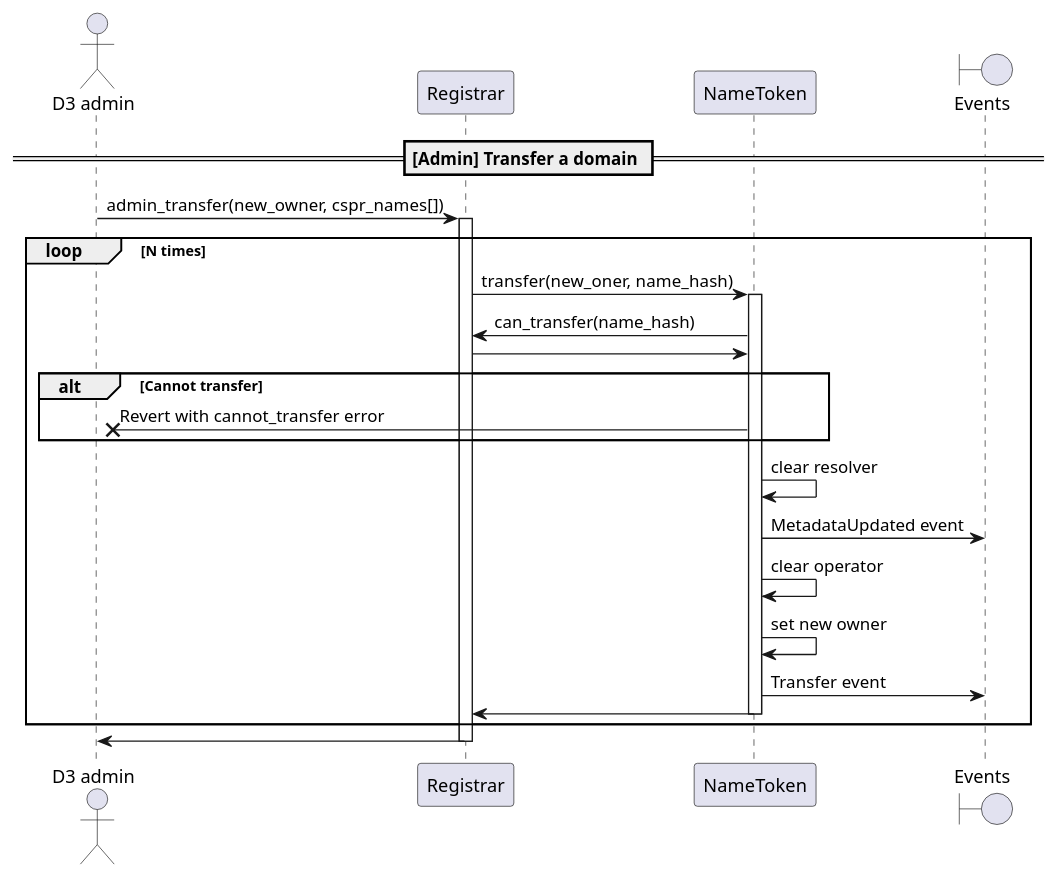
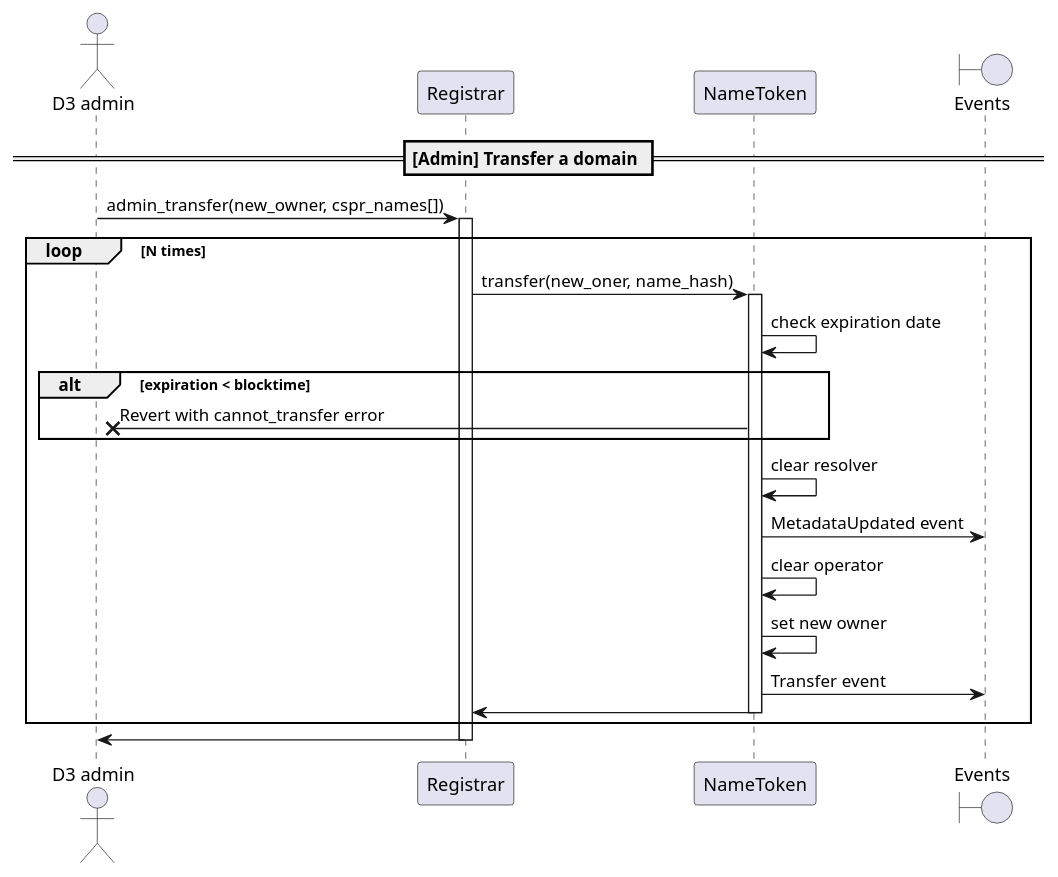
One commit to make-software/cspr-name-contracts changed the diagram in docs/sequence-diagrams/puml/admin-transfer-domain.puml. Above: the diagram before and after it, drawn with PlantUML. The commit also changed 6 other files, not shown here.

Commit message:
Removed can_transfer call and added a check for expiration date in the NameToken contract instead.

```diff
--- a/docs/sequence-diagrams/puml/admin-transfer-domain.puml
+++ b/docs/sequence-diagrams/puml/admin-transfer-domain.puml
@@ -1,33 +1,32 @@
 @startuml
 'https://plantuml.com/sequence-diagram
 
 'autonumber
 actor "D3 admin"
 participant "Registrar"
 participant "NameToken"
 boundary "Events"
 
 == [Admin] Transfer a domain ==
 
 "D3 admin" -> "Registrar": admin_transfer(new_owner, cspr_names[])
 activate Registrar
 loop N times
     Registrar -> NameToken: transfer(new_oner, name_hash)
     activate NameToken
-    NameToken -> Registrar: can_transfer(name_hash)
-    Registrar -> NameToken
-    alt Cannot transfer
-        NameToken ->X "D3 admin": Revert with cannot_transfer error
-    end
+NameToken -> NameToken: check expiration date
+alt expiration < blocktime
+    NameToken ->X "D3 admin": Revert with cannot_transfer error
+end
     NameToken -> NameToken: clear resolver
     NameToken -> "Events": MetadataUpdated event
     NameToken -> NameToken: clear operator
     NameToken -> NameToken : set new owner
     NameToken -> "Events": Transfer event
     NameToken -> Registrar
     deactivate NameToken
 end
 Registrar -> "D3 admin"
 deactivate Registrar
 
 @enduml
```
